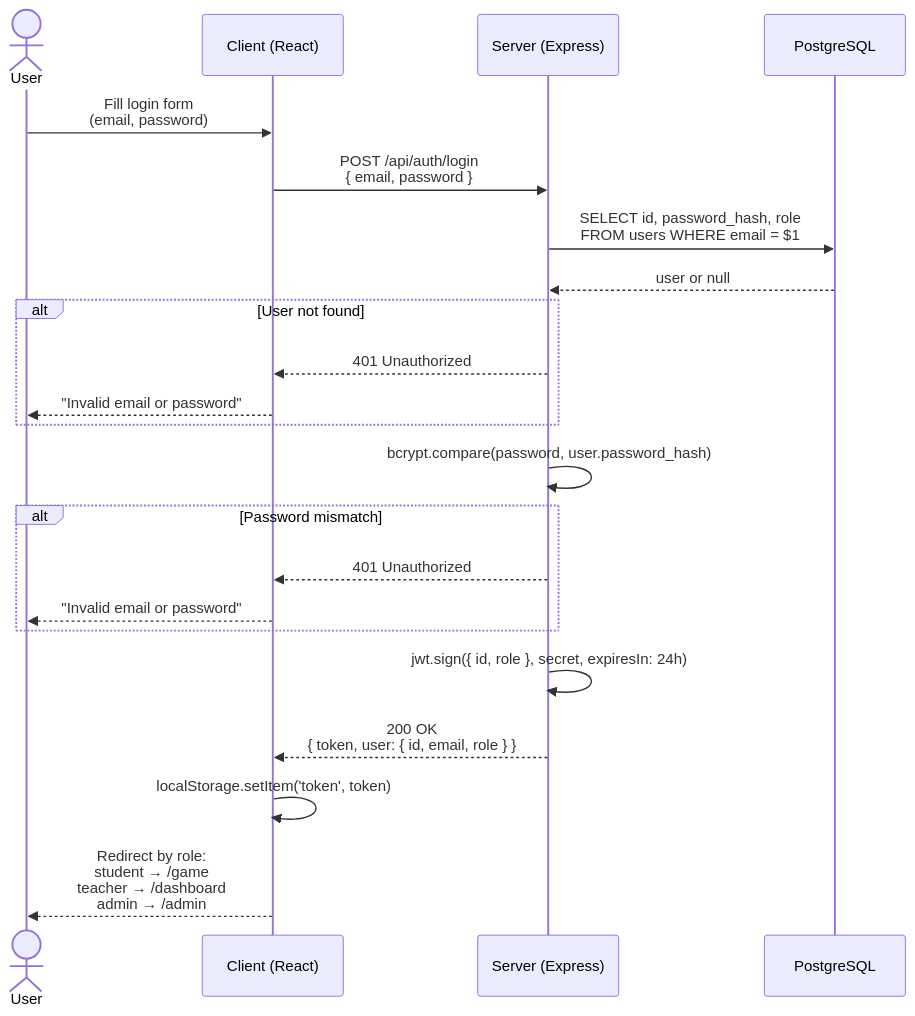
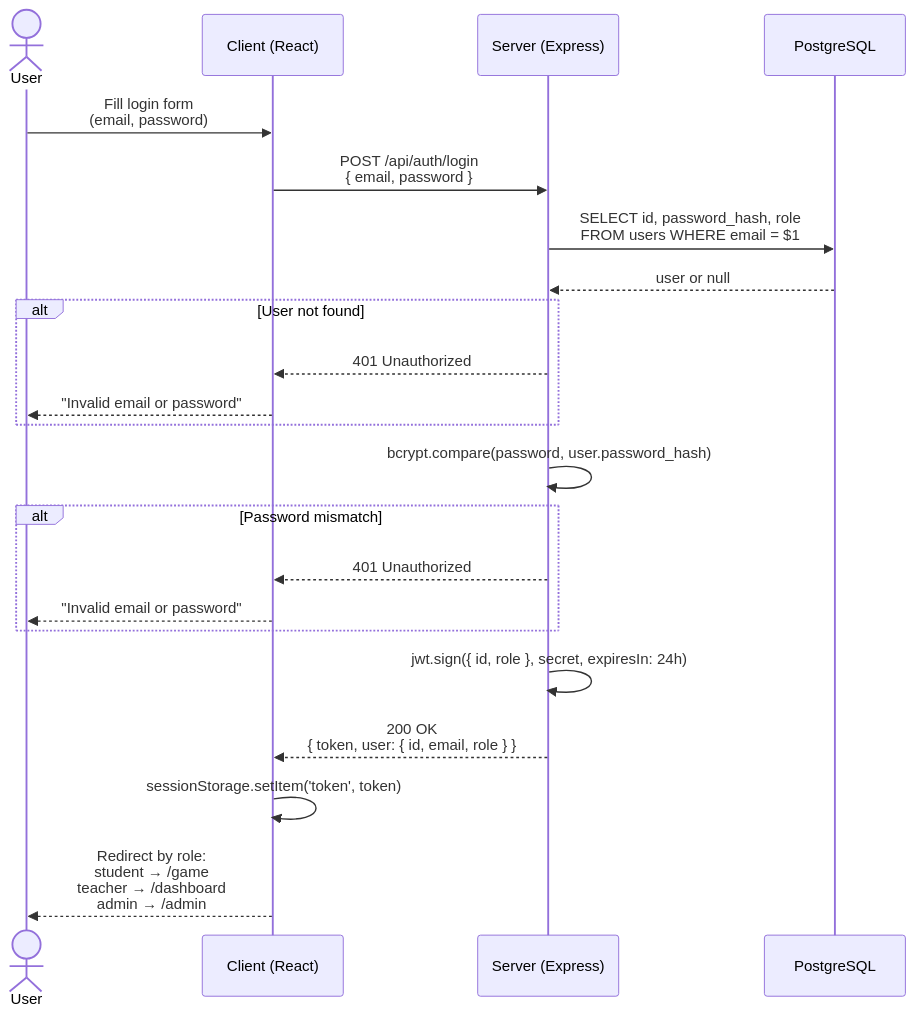
One commit to Calope-b/codequest changed the second of 3 diagrams in AUTH_DESIGN.md. Above: the diagram before and after it, drawn with Mermaid. The commit also changed other lines of this file and 2 other files, not shown here.

````diff
--- a/AUTH_DESIGN.md
+++ b/AUTH_DESIGN.md
@@ -64,30 +64,30 @@
 ```mermaid
 sequenceDiagram
     actor U as User
     participant C as Client (React)
     participant S as Server (Express)
     participant DB as PostgreSQL
 
     U->>C: Fill login form<br/>(email, password)
     C->>S: POST /api/auth/login<br/>{ email, password }
 
     S->>DB: SELECT id, password_hash, role<br/>FROM users WHERE email = $1
     DB-->>S: user or null
 
     alt User not found
         S-->>C: 401 Unauthorized
         C-->>U: "Invalid email or password"
     end
 
     S->>S: bcrypt.compare(password, user.password_hash)
     alt Password mismatch
         S-->>C: 401 Unauthorized
         C-->>U: "Invalid email or password"
     end
 
     S->>S: jwt.sign({ id, role }, secret, expiresIn: 24h)
     S-->>C: 200 OK<br/>{ token, user: { id, email, role } }
 
-    C->>C: localStorage.setItem('token', token)
+    C->>C: sessionStorage.setItem('token', token)
     C-->>U: Redirect by role:<br/>student → /game<br/>teacher → /dashboard<br/>admin → /admin
 ```
````
